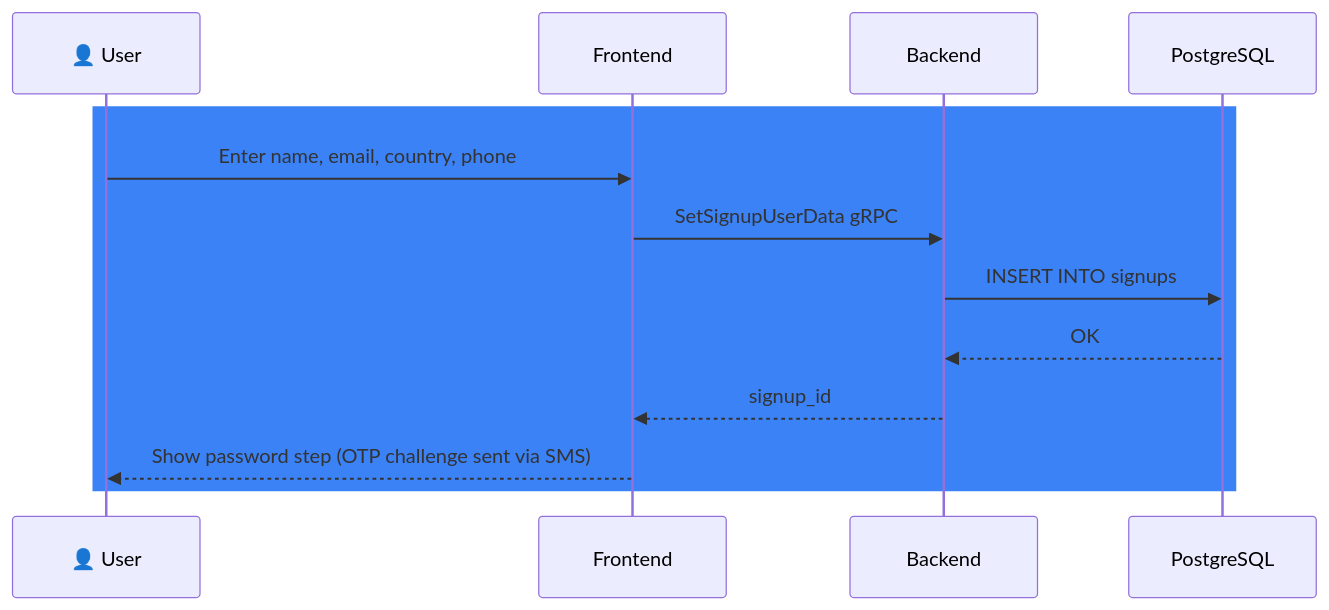
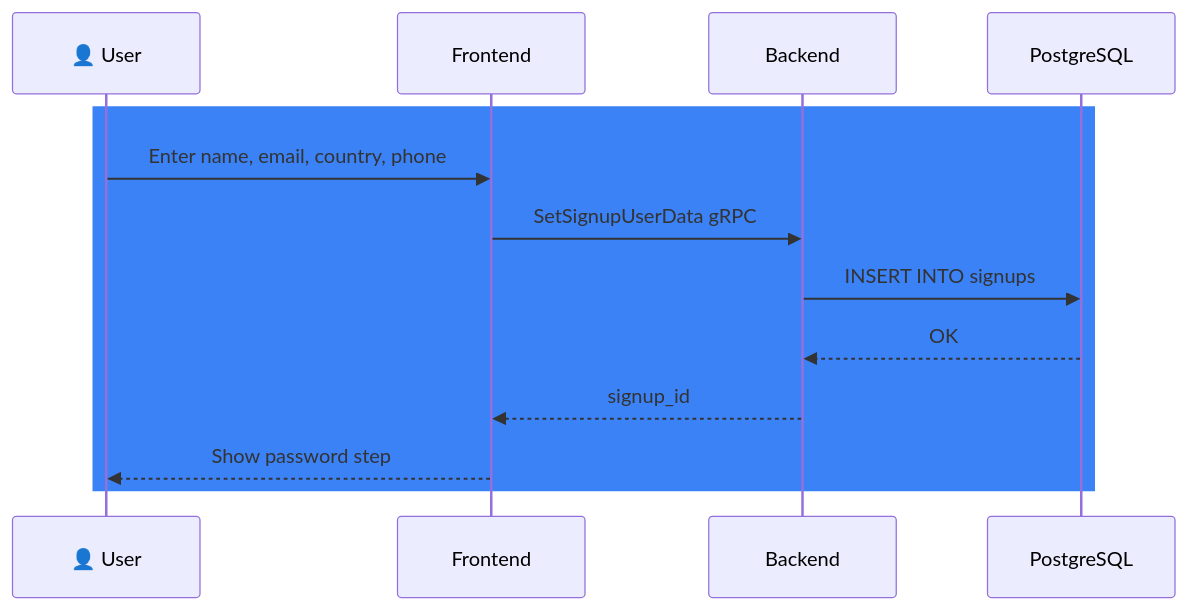
The first of 6 diagrams in documentation/docs/signup-guide.md (interledger/interledger-app), drawn with Mermaid before and after one commit. The commit also changed 8 other files, not shown here.

````diff
--- a/documentation/docs/signup-guide.md
+++ b/documentation/docs/signup-guide.md
@@ -40,16 +40,16 @@
 ```mermaid
 sequenceDiagram
     participant U as 👤 User
     participant FE as Frontend
     participant BE as Backend
     participant DB as PostgreSQL
 
     rect rgb(59, 130, 246)
     U->>FE: Enter name, email, country, phone
     FE->>BE: SetSignupUserData gRPC
     BE->>DB: INSERT INTO signups
     DB-->>BE: OK
     BE-->>FE: signup_id
-    FE-->>U: Show password step (OTP challenge sent via SMS)
+    FE-->>U: Show password step
     end
 ```
````
